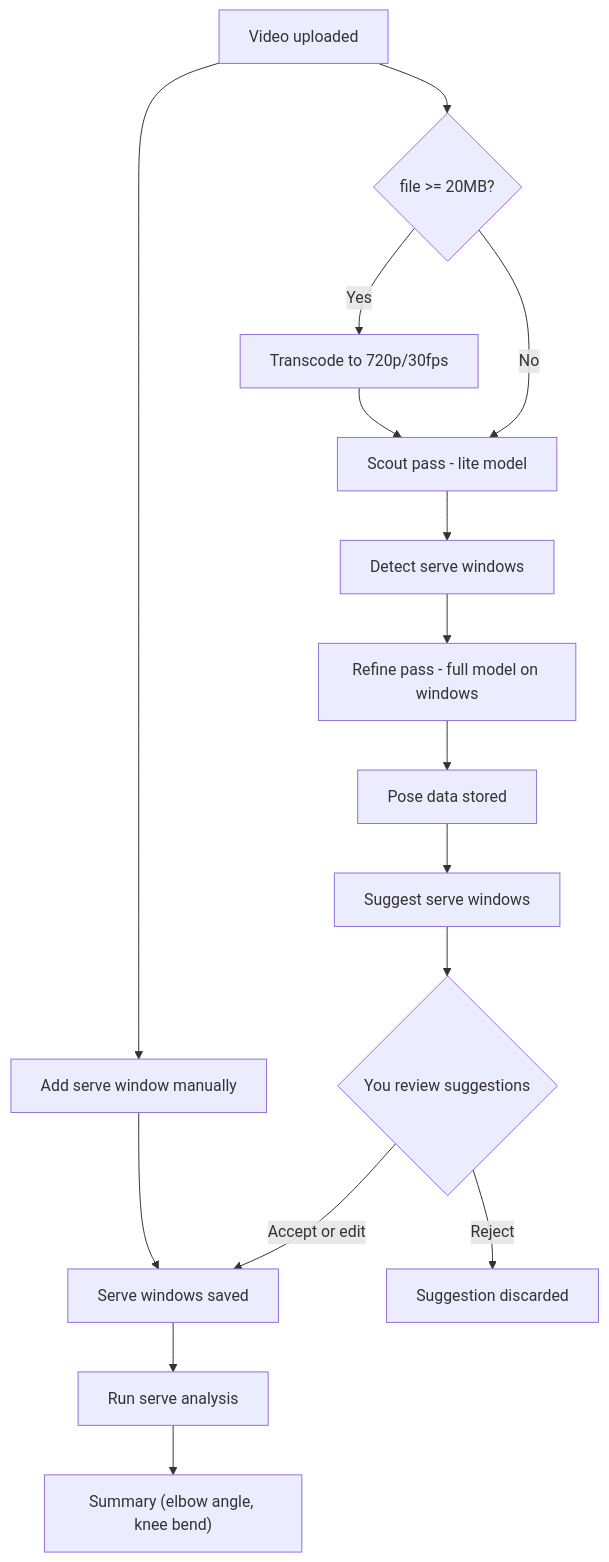
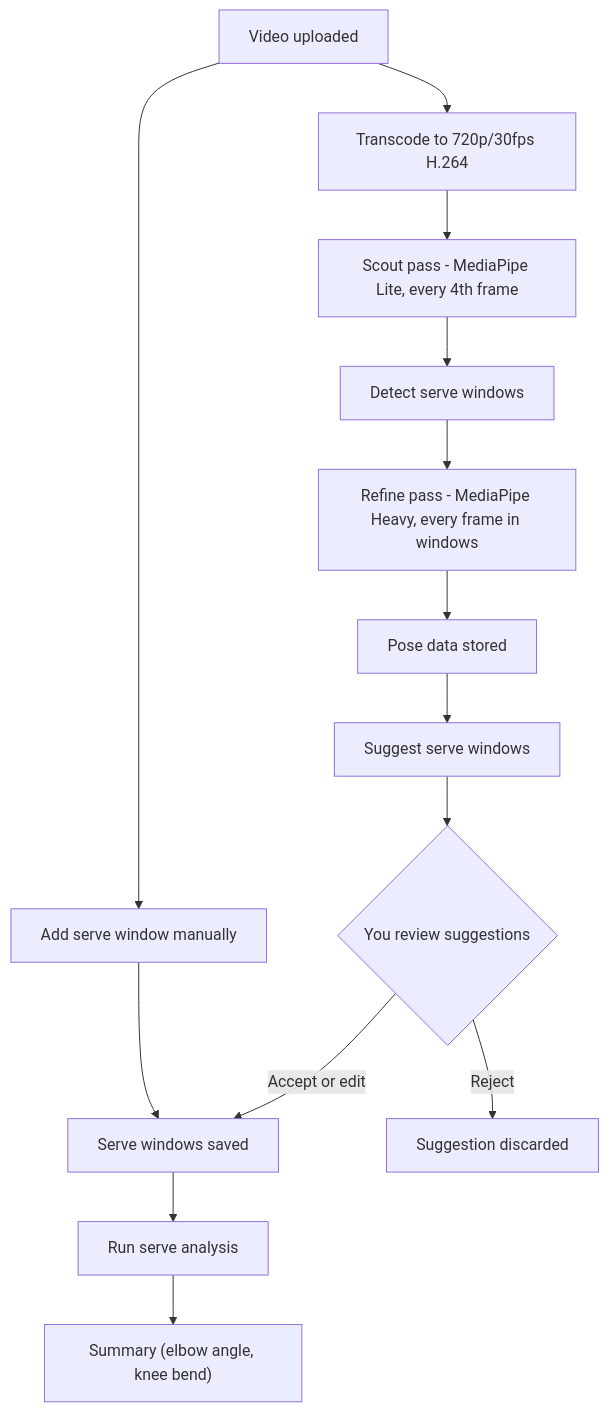
Before and after one commit to aseda-sam/tennis_coach_app: the diagram in project_docs/diagrams/analysis-pipeline.md, drawn with Mermaid. The commit also changed other lines of this file and 97 other files, not shown here.

````diff
--- a/project_docs/diagrams/analysis-pipeline.md
+++ b/project_docs/diagrams/analysis-pipeline.md
@@ -5,20 +5,18 @@
 ```mermaid
 flowchart TD
-  V[Video uploaded] --> TRANSCODE{file >= 20MB?}
-  TRANSCODE -->|Yes| T[Transcode to 720p/30fps]
-  TRANSCODE -->|No| SCOUT[Scout pass - lite model]
-  T --> SCOUT
+  V[Video uploaded] --> T[Transcode to 720p/30fps H.264]
+  T --> SCOUT[Scout pass - MediaPipe Lite, every 4th frame]
   SCOUT --> DETECT[Detect serve windows]
-  DETECT --> REFINE[Refine pass - full model on windows]
+  DETECT --> REFINE[Refine pass - MediaPipe Heavy, every frame in windows]
   REFINE --> POSE_DATA[Pose data stored]
 
   V --> MANUAL[Add serve window manually]
   POSE_DATA --> PROPOSE[Suggest serve windows]
   PROPOSE --> REVIEW{You review suggestions}
   REVIEW -->|Accept or edit| SA[Serve windows saved]
   REVIEW -->|Reject| REJ[Suggestion discarded]
 
   MANUAL --> SA
   SA --> ANALYZE[Run serve analysis]
   ANALYZE --> SUMMARY["Summary (elbow angle, knee bend)"]
 ```
````
